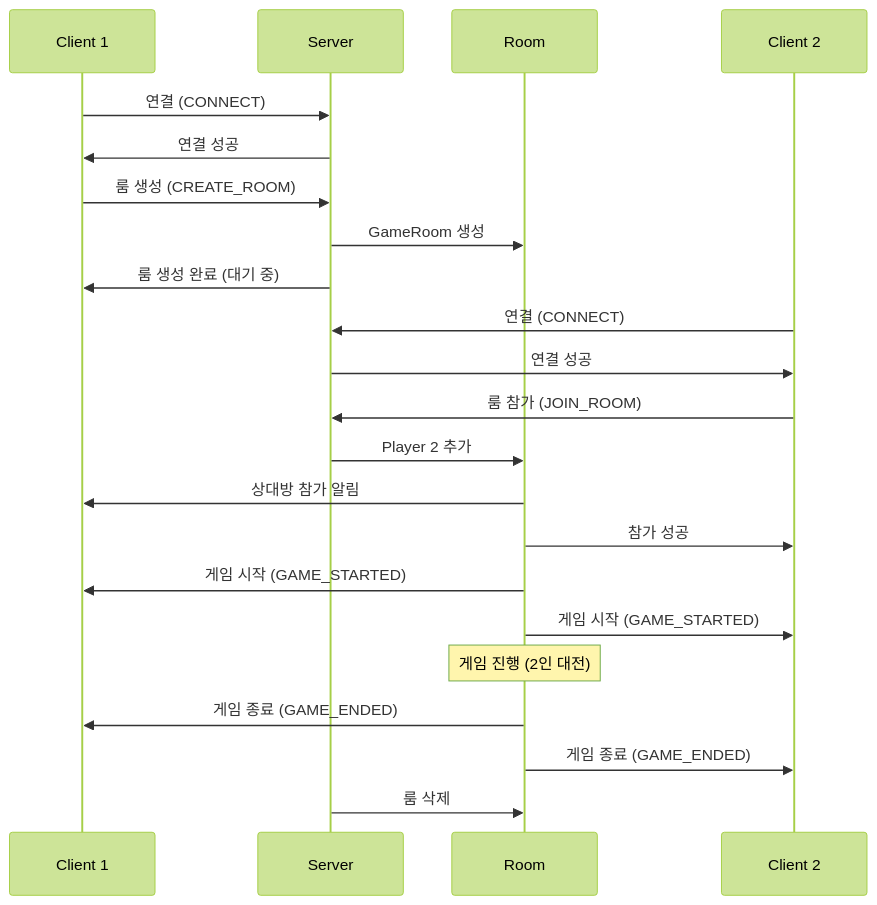
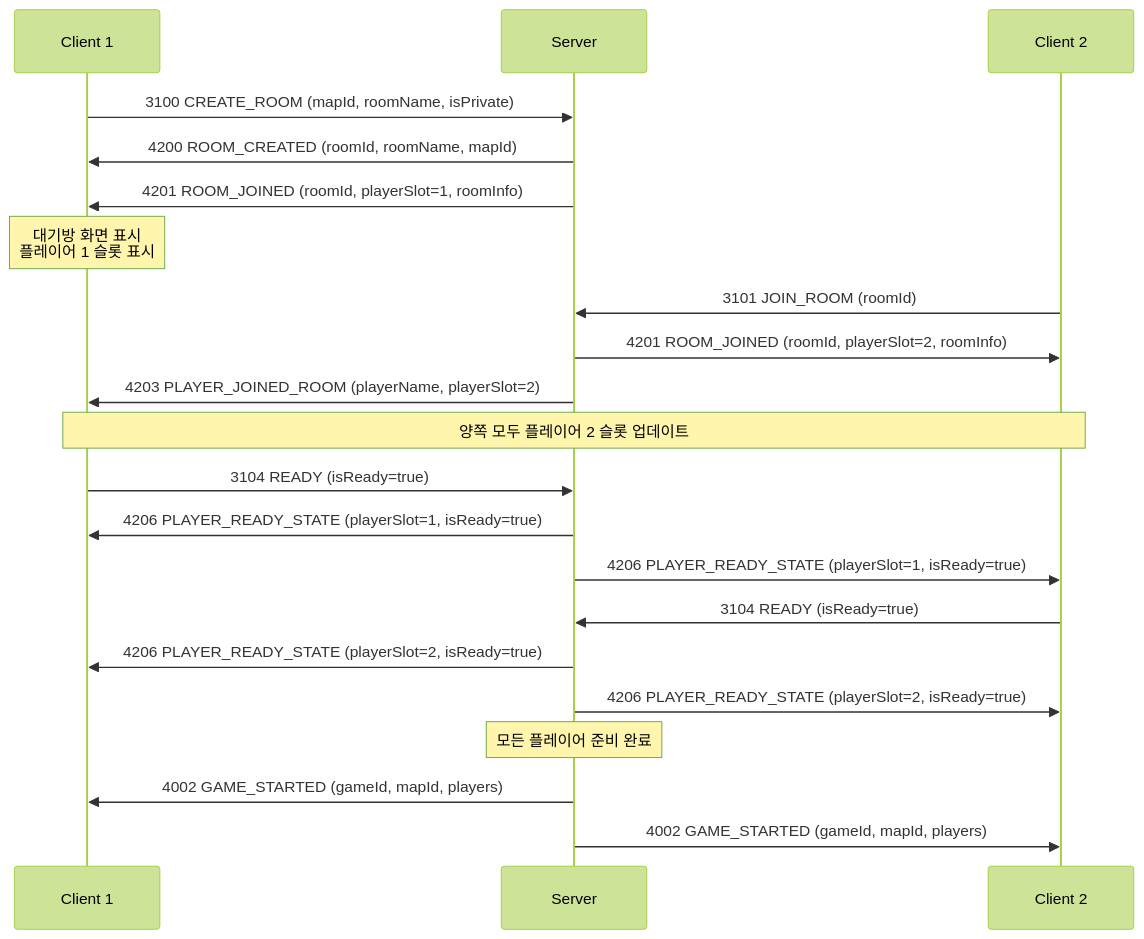
The fourth of 7 diagrams in Docs/interplanetary_system_spec.md (Bo-sung/InterPlanetery_Server), drawn with Mermaid (forest theme) before and after one commit. The commit also changed other lines of this file and 30 other files, not shown here.

````diff
--- a/Docs/interplanetary_system_spec.md
+++ b/Docs/interplanetary_system_spec.md
@@ -131,29 +149,31 @@
 ```mermaid
 sequenceDiagram
     participant C1 as Client 1
-    participant Server
-    participant Room
+    participant S as Server
     participant C2 as Client 2
 
-    C1->>Server: 연결 (CONNECT)
-    Server->>C1: 연결 성공
-    C1->>Server: 룸 생성 (CREATE_ROOM)
-    Server->>Room: GameRoom 생성
-    Server->>C1: 룸 생성 완료 (대기 중)
+    C1->>S: 3100 CREATE_ROOM (mapId, roomName, isPrivate)
+    S->>C1: 4200 ROOM_CREATED (roomId, roomName, mapId)
+    S->>C1: 4201 ROOM_JOINED (roomId, playerSlot=1, roomInfo)
 
-    C2->>Server: 연결 (CONNECT)
-    Server->>C2: 연결 성공
-    C2->>Server: 룸 참가 (JOIN_ROOM)
-    Server->>Room: Player 2 추가
-    Room->>C1: 상대방 참가 알림
-    Room->>C2: 참가 성공
+    Note over C1: 대기방 화면 표시<br/>플레이어 1 슬롯 표시
 
-    Room->>C1: 게임 시작 (GAME_STARTED)
-    Room->>C2: 게임 시작 (GAME_STARTED)
+    C2->>S: 3101 JOIN_ROOM (roomId)
+    S->>C2: 4201 ROOM_JOINED (roomId, playerSlot=2, roomInfo)
+    S->>C1: 4203 PLAYER_JOINED_ROOM (playerName, playerSlot=2)
 
-    Note over Room: 게임 진행 (2인 대전)
+    Note over C1,C2: 양쪽 모두 플레이어 2 슬롯 업데이트
 
-    Room->>C1: 게임 종료 (GAME_ENDED)
-    Room->>C2: 게임 종료 (GAME_ENDED)
-    Server->>Room: 룸 삭제
+    C1->>S: 3104 READY (isReady=true)
+    S->>C1: 4206 PLAYER_READY_STATE (playerSlot=1, isReady=true)
+    S->>C2: 4206 PLAYER_READY_STATE (playerSlot=1, isReady=true)
+
+    C2->>S: 3104 READY (isReady=true)
+    S->>C1: 4206 PLAYER_READY_STATE (playerSlot=2, isReady=true)
+    S->>C2: 4206 PLAYER_READY_STATE (playerSlot=2, isReady=true)
+
+    Note over S: 모든 플레이어 준비 완료
+
+    S->>C1: 4002 GAME_STARTED (gameId, mapId, players)
+    S->>C2: 4002 GAME_STARTED (gameId, mapId, players)
 ```
````
